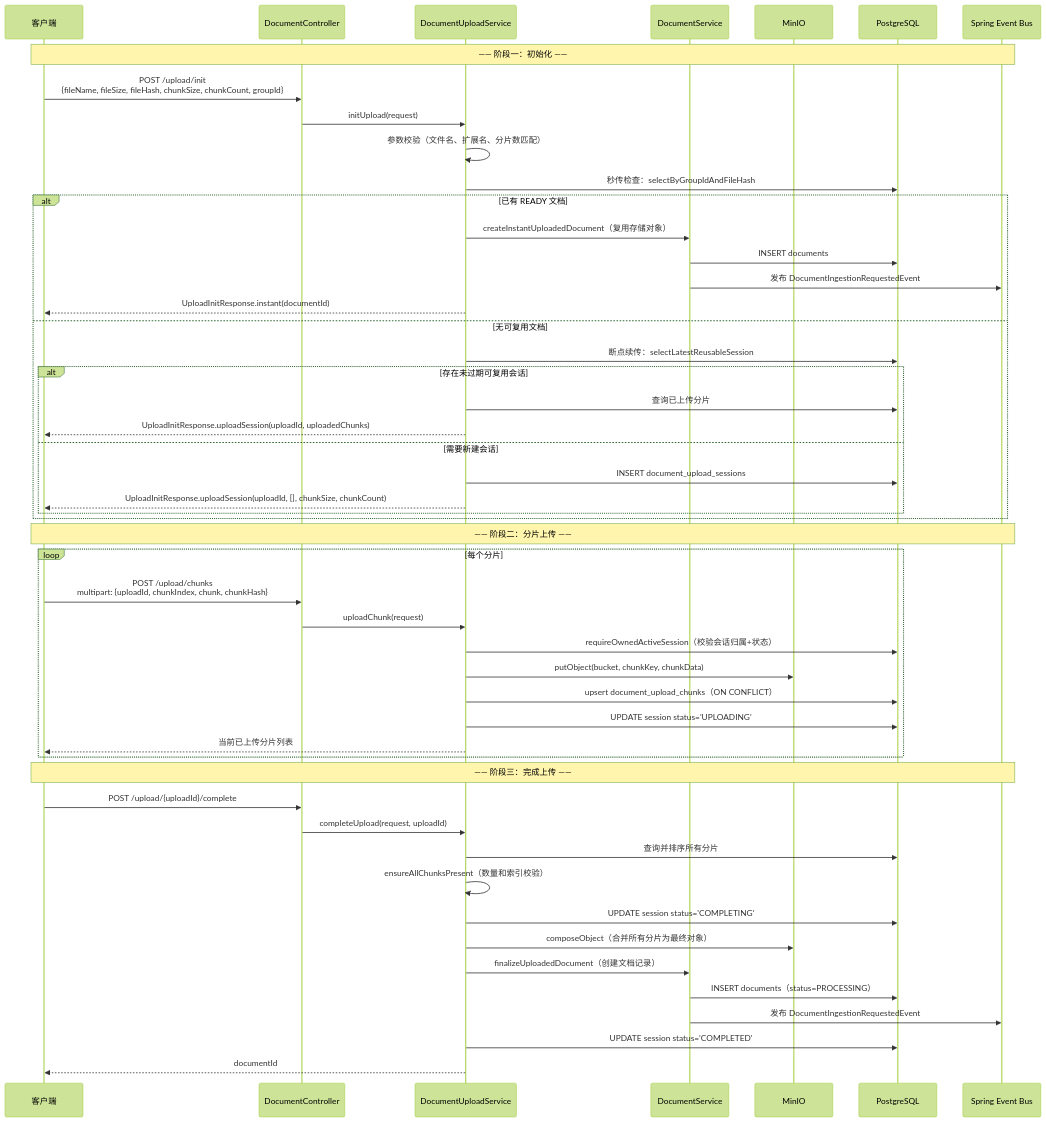
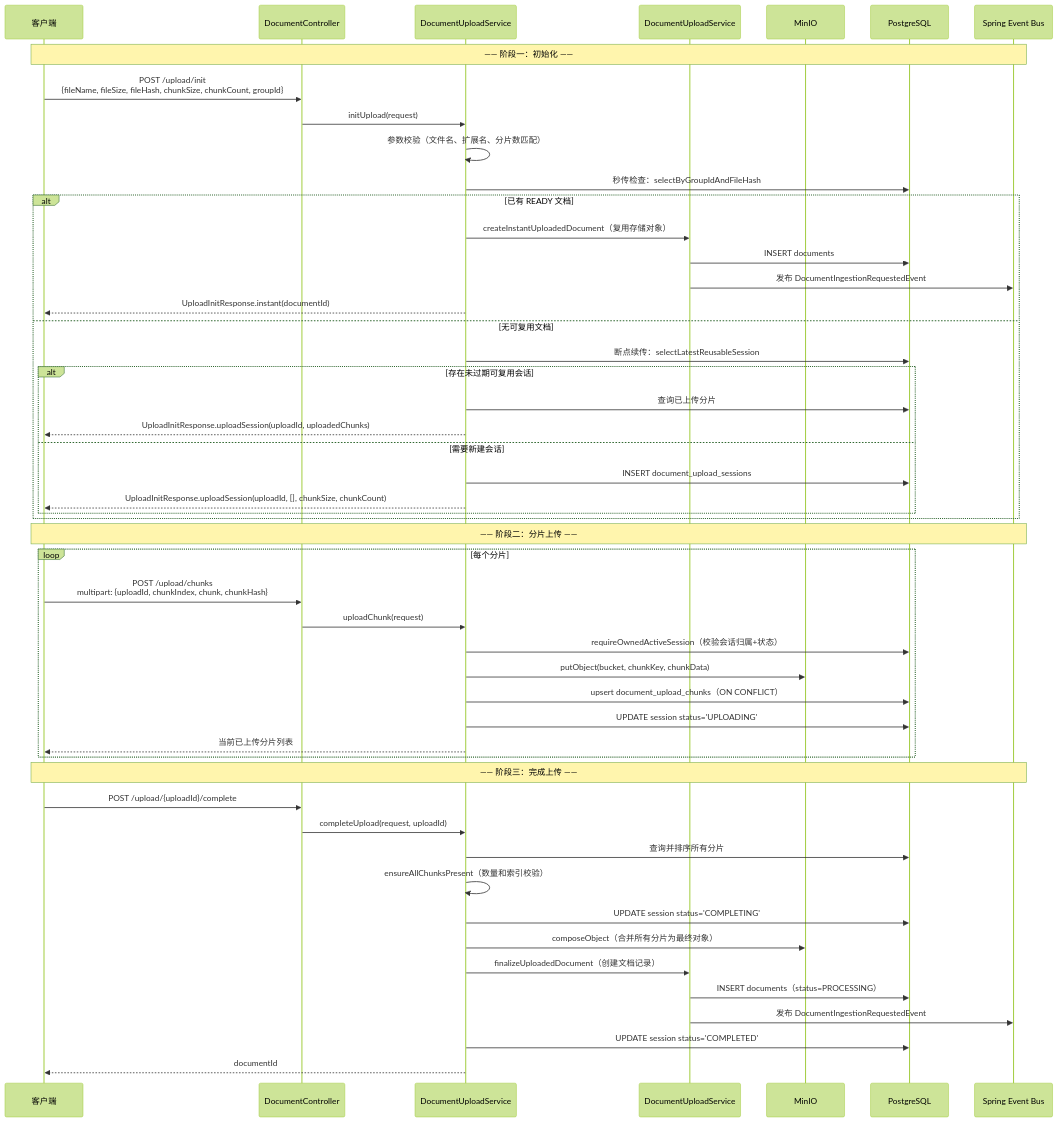
The first of 4 diagrams in docs/V2.0-设计决策.md (DevYangJC/Argus), drawn with Mermaid (forest theme) before and after one commit. The commit also changed other lines of this file and 108 other files, not shown here.

````diff
--- a/docs/V2.0-设计决策.md
+++ b/docs/V2.0-设计决策.md
@@ -124,58 +124,58 @@
 ```mermaid
 sequenceDiagram
     participant Client as 客户端
     participant Controller as DocumentController
     participant UploadService as DocumentUploadService
-    participant DocService as DocumentService
+    participant DocService as DocumentUploadService
     participant MinIO as MinIO
     participant DB as PostgreSQL
     participant Event as Spring Event Bus
 
     Note over Client,Event: —— 阶段一：初始化 ——
 
     Client->>Controller: POST /upload/init<br/>{fileName, fileSize, fileHash, chunkSize, chunkCount, groupId}
     Controller->>UploadService: initUpload(request)
     UploadService->>UploadService: 参数校验（文件名、扩展名、分片数匹配）
     UploadService->>DB: 秒传检查：selectByGroupIdAndFileHash
     alt 已有 READY 文档
         UploadService->>DocService: createInstantUploadedDocument（复用存储对象）
         DocService->>DB: INSERT documents
         DocService->>Event: 发布 DocumentIngestionRequestedEvent
         UploadService-->>Client: UploadInitResponse.instant(documentId)
     else 无可复用文档
         UploadService->>DB: 断点续传：selectLatestReusableSession
         alt 存在未过期可复用会话
             UploadService->>DB: 查询已上传分片
             UploadService-->>Client: UploadInitResponse.uploadSession(uploadId, uploadedChunks)
         else 需要新建会话
             UploadService->>DB: INSERT document_upload_sessions
             UploadService-->>Client: UploadInitResponse.uploadSession(uploadId, [], chunkSize, chunkCount)
         end
     end
 
     Note over Client,Event: —— 阶段二：分片上传 ——
 
     loop 每个分片
         Client->>Controller: POST /upload/chunks<br/>multipart: {uploadId, chunkIndex, chunk, chunkHash}
         Controller->>UploadService: uploadChunk(request)
         UploadService->>DB: requireOwnedActiveSession（校验会话归属+状态）
         UploadService->>MinIO: putObject(bucket, chunkKey, chunkData)
         UploadService->>DB: upsert document_upload_chunks（ON CONFLICT）
         UploadService->>DB: UPDATE session status='UPLOADING'
         UploadService-->>Client: 当前已上传分片列表
     end
 
     Note over Client,Event: —— 阶段三：完成上传 ——
 
     Client->>Controller: POST /upload/{uploadId}/complete
     Controller->>UploadService: completeUpload(request, uploadId)
     UploadService->>DB: 查询并排序所有分片
     UploadService->>UploadService: ensureAllChunksPresent（数量和索引校验）
     UploadService->>DB: UPDATE session status='COMPLETING'
     UploadService->>MinIO: composeObject（合并所有分片为最终对象）
     UploadService->>DocService: finalizeUploadedDocument（创建文档记录）
     DocService->>DB: INSERT documents（status=PROCESSING）
     DocService->>Event: 发布 DocumentIngestionRequestedEvent
     UploadService->>DB: UPDATE session status='COMPLETED'
     UploadService-->>Client: documentId
 ```
````
